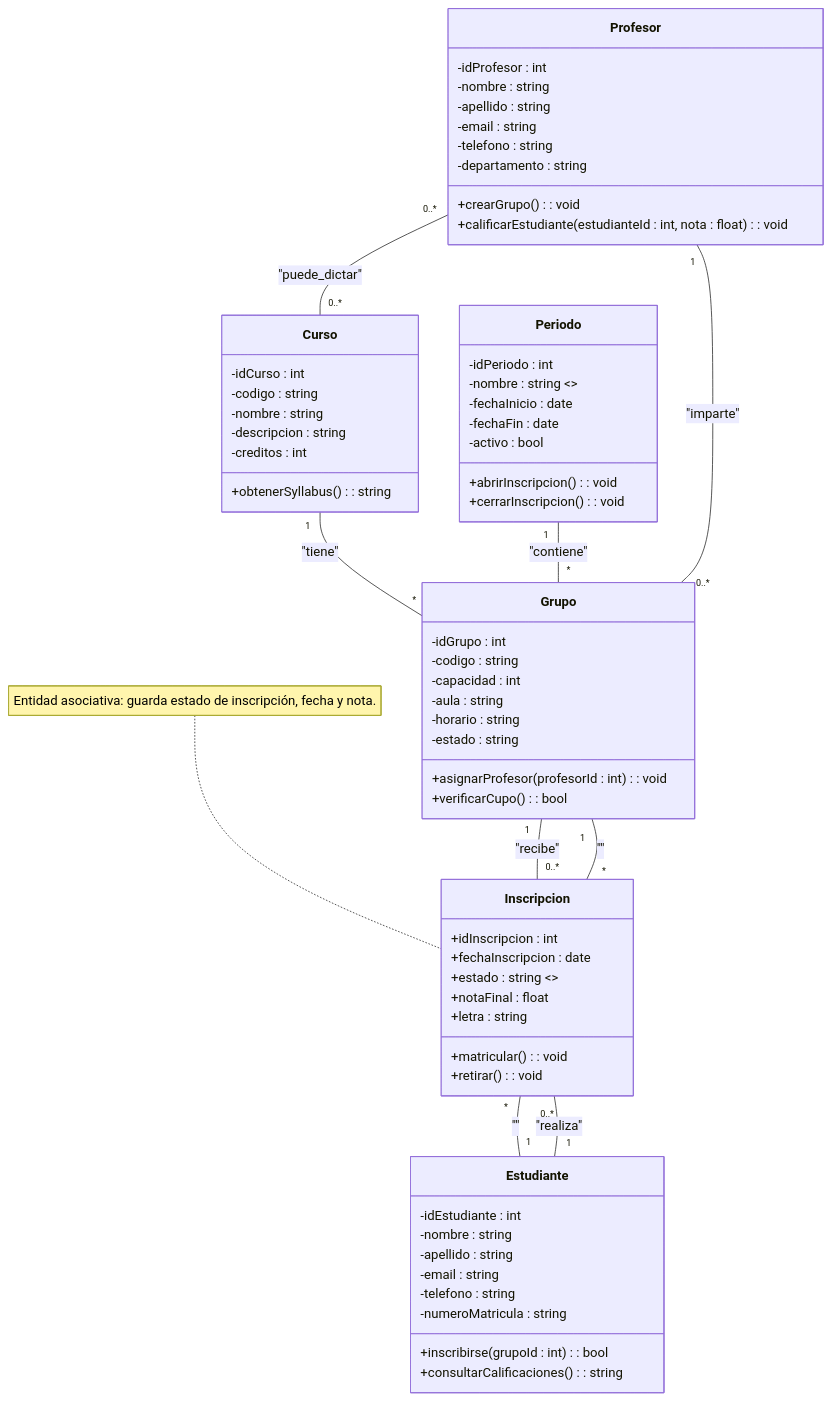
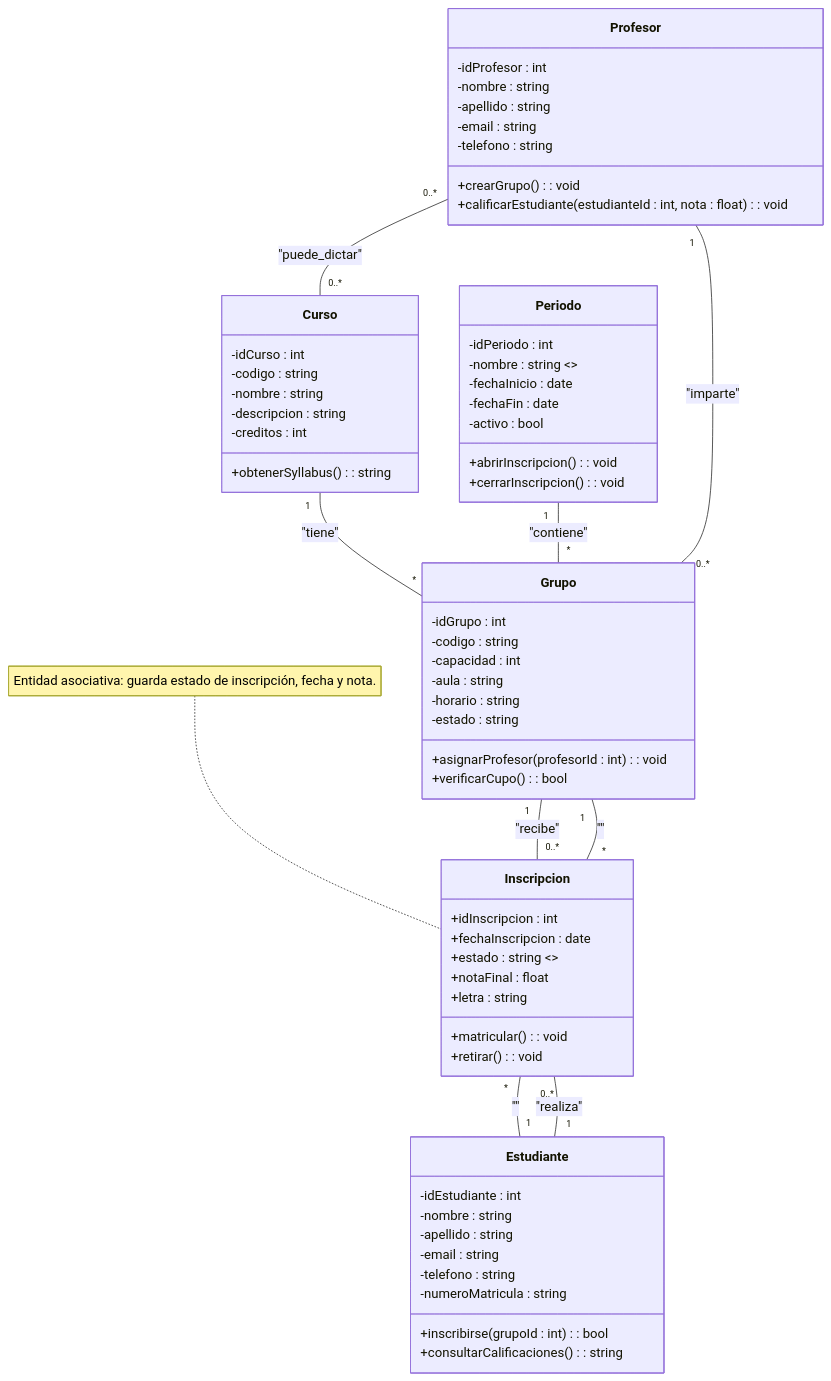
Before and after one commit to TOACR/II-51-Laboratorios: the diagram in Lab01/Laboratorio 1.mmd, drawn with Mermaid. The commit also changed 1 other file, not shown here.

```diff
--- a/Lab01/Laboratorio 1.mmd
+++ b/Lab01/Laboratorio 1.mmd
@@ -1,74 +1,73 @@
 classDiagram
     class Profesor {
       -idProfesor : int
       -nombre : string
       -apellido : string
       -email : string
       -telefono : string
-      -departamento : string
       +crearGrupo() : void
       +calificarEstudiante(estudianteId : int, nota : float) : void
     }
 
     class Estudiante {
       -idEstudiante : int
       -nombre : string
       -apellido : string
       -email : string
       -telefono : string
       -numeroMatricula : string
       +inscribirse(grupoId : int) : bool
       +consultarCalificaciones() : string
     }
 
     class Curso {
       -idCurso : int
       -codigo : string
       -nombre : string
       -descripcion : string
       -creditos : int
       +obtenerSyllabus() : string
     }
 
     class Periodo {
       -idPeriodo : int
       -nombre : string  <<ej: "2025-1">>
       -fechaInicio : date
       -fechaFin : date
       -activo : bool
       +abrirInscripcion() : void
       +cerrarInscripcion() : void
     }
 
     class Grupo {
       -idGrupo : int
       -codigo : string
       -capacidad : int
       -aula : string
       -horario : string
       -estado : string
       +asignarProfesor(profesorId : int) : void
       +verificarCupo() : bool
     }
 
     class Inscripcion {
       +idInscripcion : int
       +fechaInscripcion : date
       +estado : string  <<ej: "Matriculado","Retirado">>
       +notaFinal : float
       +letra : string
       +matricular() : void
       +retirar() : void
     }
 
     %% Relaciones
     Curso "1" -- "*" Grupo : "tiene"
     Periodo "1" -- "*" Grupo : "contiene"
     Profesor "1" -- "0..*" Grupo : "imparte"
     Estudiante "1" -- "0..*" Inscripcion : "realiza"
     Grupo "1" -- "0..*" Inscripcion : "recibe"
     Inscripcion "*" -- "1" Estudiante : ""
     Inscripcion "*" -- "1" Grupo : ""
     Profesor "0..*" -- "0..*" Curso : "puede_dictar"
 
     note for Inscripcion "Entidad asociativa: guarda estado de inscripción, fecha y nota."
```
